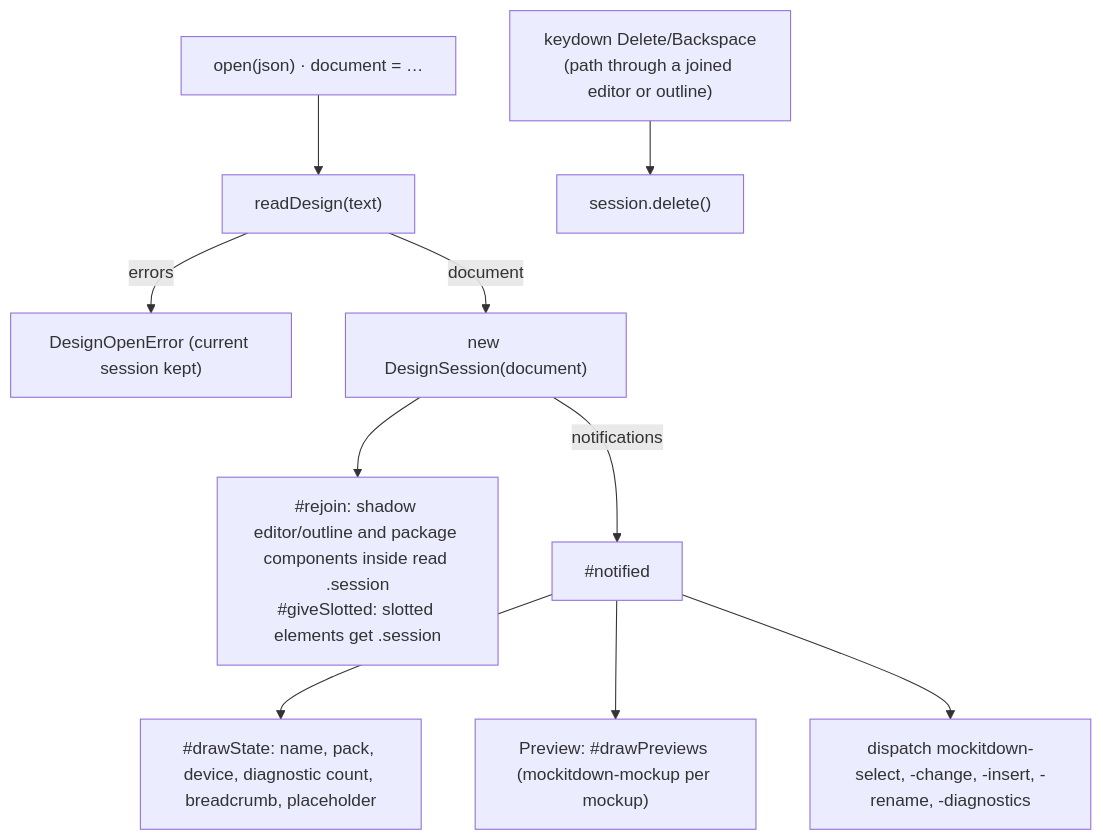
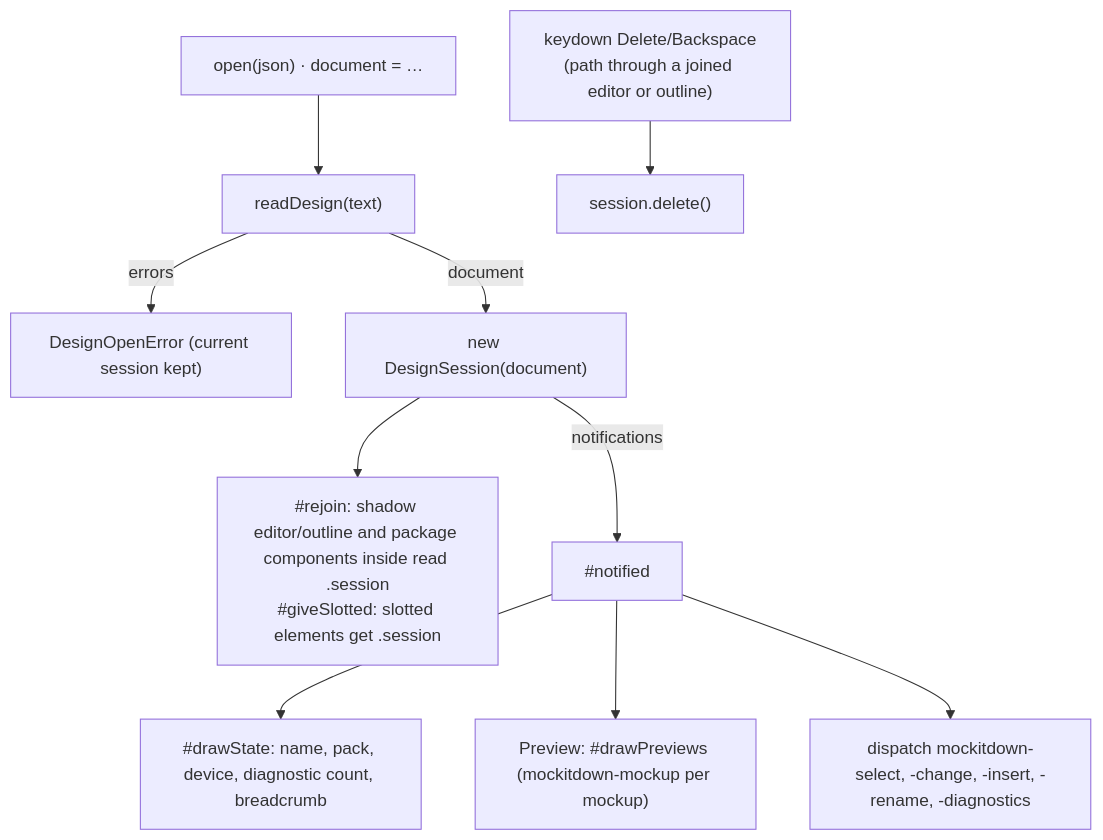
One commit to bbogovich/mockitdown changed the diagram in implementation/narrative/architecture/designer.md. Above: the diagram before and after it, drawn with Mermaid. The commit also changed other lines of this file and 28 other files, not shown here.

````diff
--- a/implementation/narrative/architecture/designer.md
+++ b/implementation/narrative/architecture/designer.md
@@ -46,12 +46,12 @@
 ```mermaid
 flowchart TD
   O["open(json) · document = …"] --> RD["readDesign(text)"]
   RD -- errors --> X["DesignOpenError (current session kept)"]
   RD -- document --> NS["new DesignSession(document)"]
   NS --> RJ["#rejoin: shadow editor/outline and package components inside read .session<br/>#giveSlotted: slotted elements get .session"]
   NS -- notifications --> N["#notified"]
-  N --> ST["#drawState: name, pack, device, diagnostic count, breadcrumb, placeholder"]
+  N --> ST["#drawState: name, pack, device, diagnostic count, breadcrumb"]
   N --> PV["Preview: #drawPreviews (mockitdown-mockup per mockup)"]
   N --> EV["dispatch mockitdown-select, -change, -insert, -rename, -diagnostics"]
   K["keydown Delete/Backspace<br/>(path through a joined editor or outline)"] --> DEL["session.delete()"]
 ```
````
